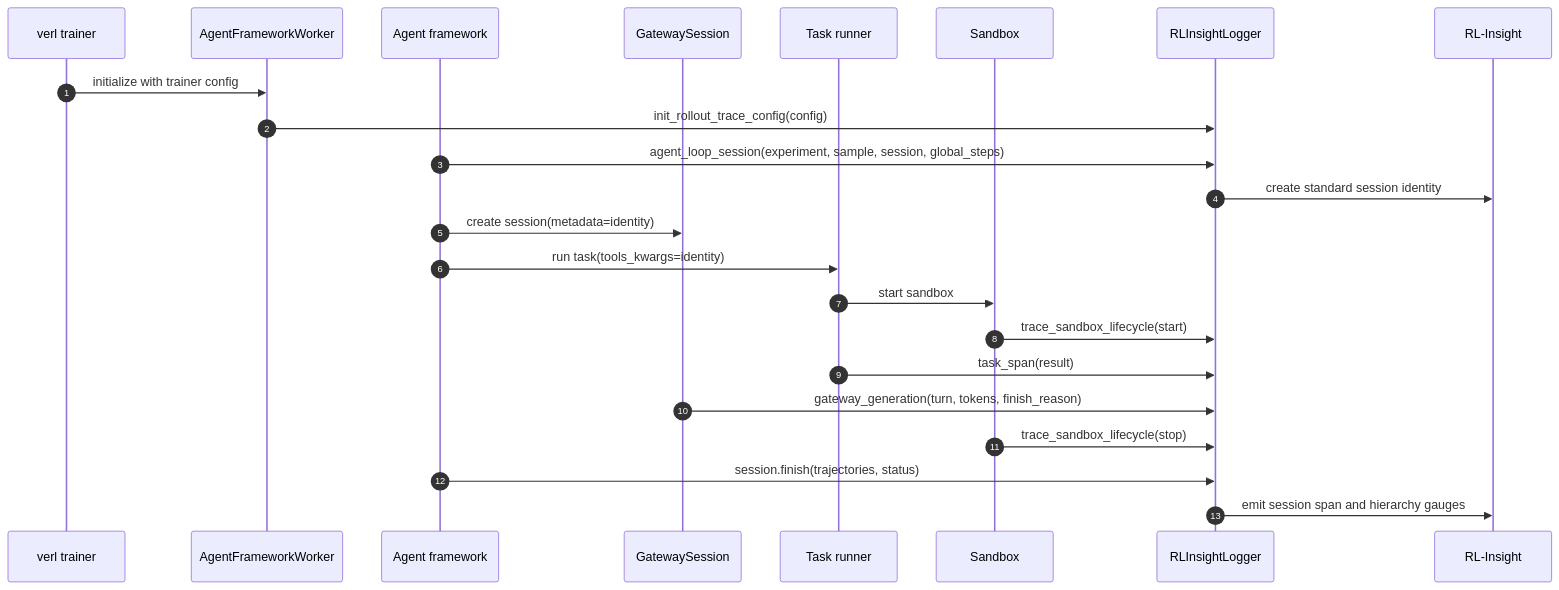
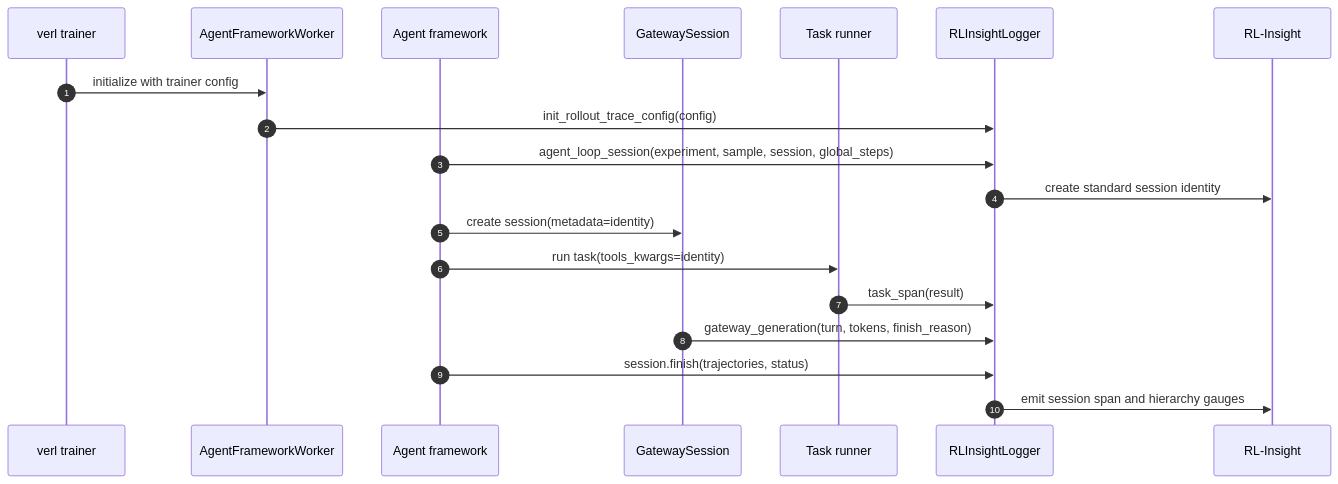
The second of 2 diagrams in docs/source/concepts/rl-insight-integration.md (tardis-key/uni-agent), drawn with Mermaid before and after one commit. The commit also changed other lines of this file and 5 other files, not shown here.

Commit message:
refactor(rl-insight): remove sandbox lifecycle instrumentation

````diff
--- a/docs/source/concepts/rl-insight-integration.md
+++ b/docs/source/concepts/rl-insight-integration.md
@@ -42,26 +40,22 @@
 ```mermaid
 sequenceDiagram
     autonumber
     participant V as verl trainer
     participant W as AgentFrameworkWorker
     participant F as Agent framework
     participant G as GatewaySession
     participant T as Task runner
-    participant S as Sandbox
     participant L as RLInsightLogger
     participant R as RL-Insight
 
     V->>W: initialize with trainer config
     W->>L: init_rollout_trace_config(config)
     F->>L: agent_loop_session(experiment, sample, session, global_steps)
     L->>R: create standard session identity
     F->>G: create session(metadata=identity)
     F->>T: run task(tools_kwargs=identity)
-    T->>S: start sandbox
-    S->>L: trace_sandbox_lifecycle(start)
     T->>L: task_span(result)
     G->>L: gateway_generation(turn, tokens, finish_reason)
-    S->>L: trace_sandbox_lifecycle(stop)
     F->>L: session.finish(trajectories, status)
     L->>R: emit session span and hierarchy gauges
 ```
````
